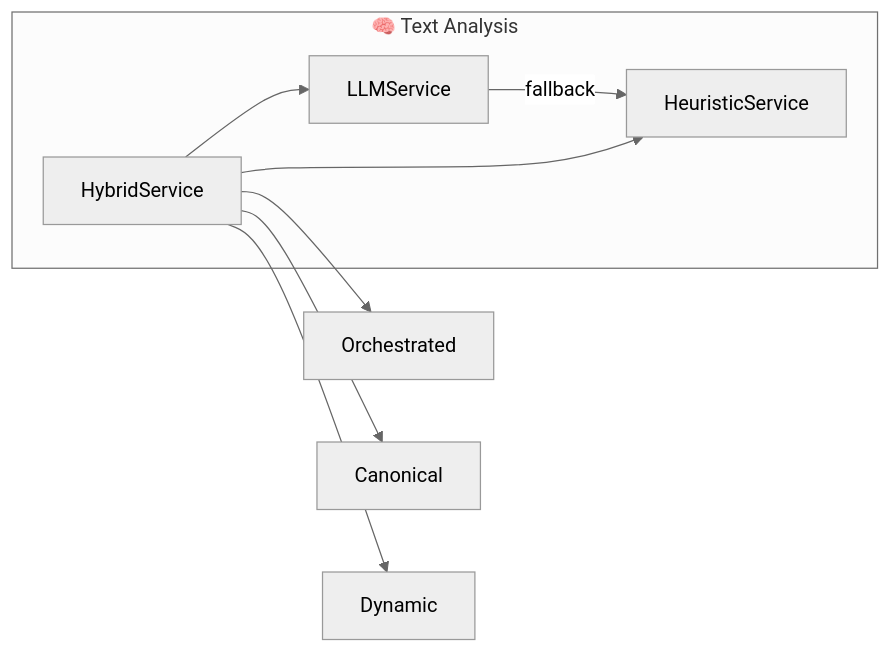
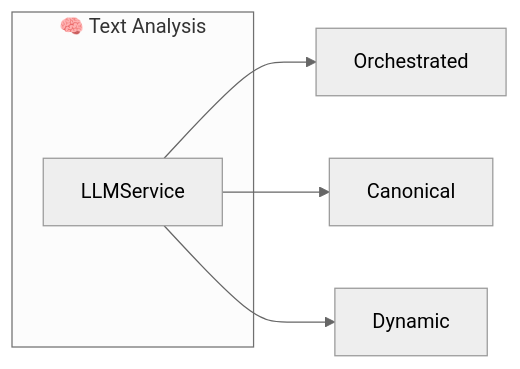
The second of 7 diagrams in Docs/ARCHITECTURE/Overview.md (robertschaub/FactHarbor), drawn with Mermaid (neutral theme) before and after one commit. The commit also changed other lines of this file and 11 other files, not shown here.

````diff
--- a/Docs/ARCHITECTURE/Overview.md
+++ b/Docs/ARCHITECTURE/Overview.md
@@ -81,16 +80,10 @@
 ```mermaid
 flowchart LR
     subgraph TextAnalysis["🧠 Text Analysis"]
-        HYBRID[HybridService]
         LLM[LLMService]
-        HEUR[HeuristicService]
     end
 
-    LLM -->|fallback| HEUR
-    HYBRID --> LLM
-    HYBRID --> HEUR
-
-    HYBRID --> ORCH[Orchestrated]
-    HYBRID --> CANON[Canonical]
-    HYBRID --> DYN[Dynamic]
+    LLM --> ORCH[Orchestrated]
+    LLM --> CANON[Canonical]
+    LLM --> DYN[Dynamic]
 ```
````
